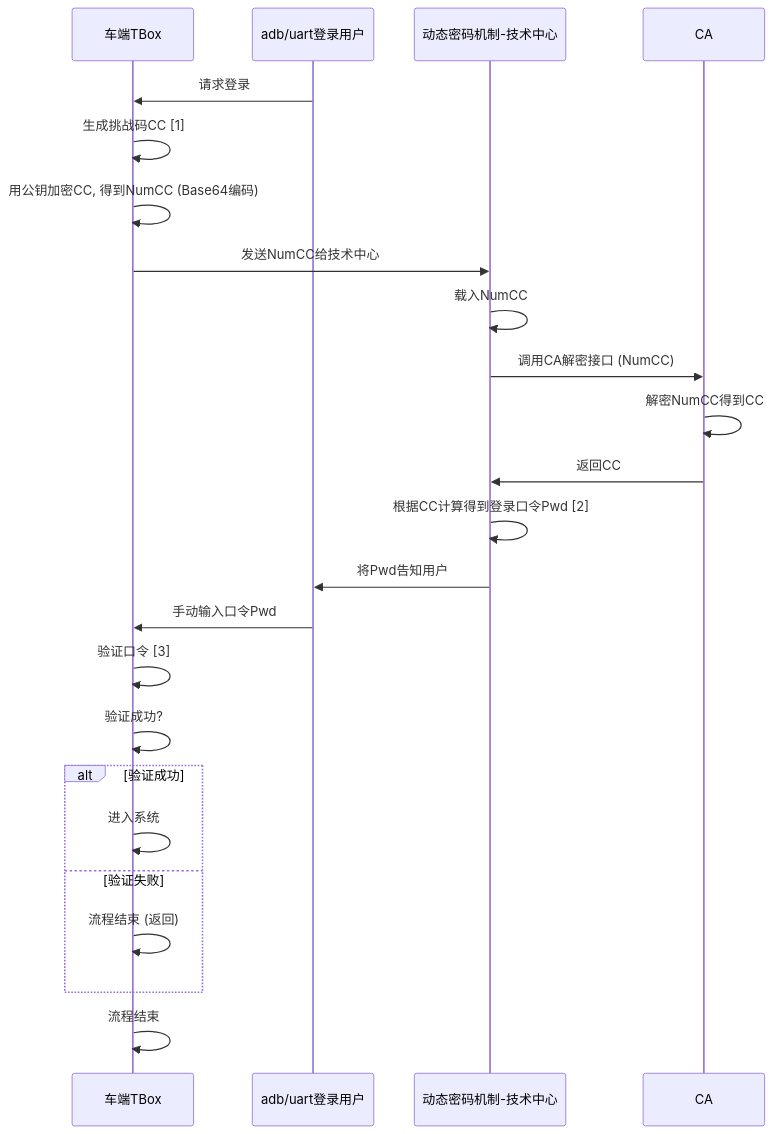
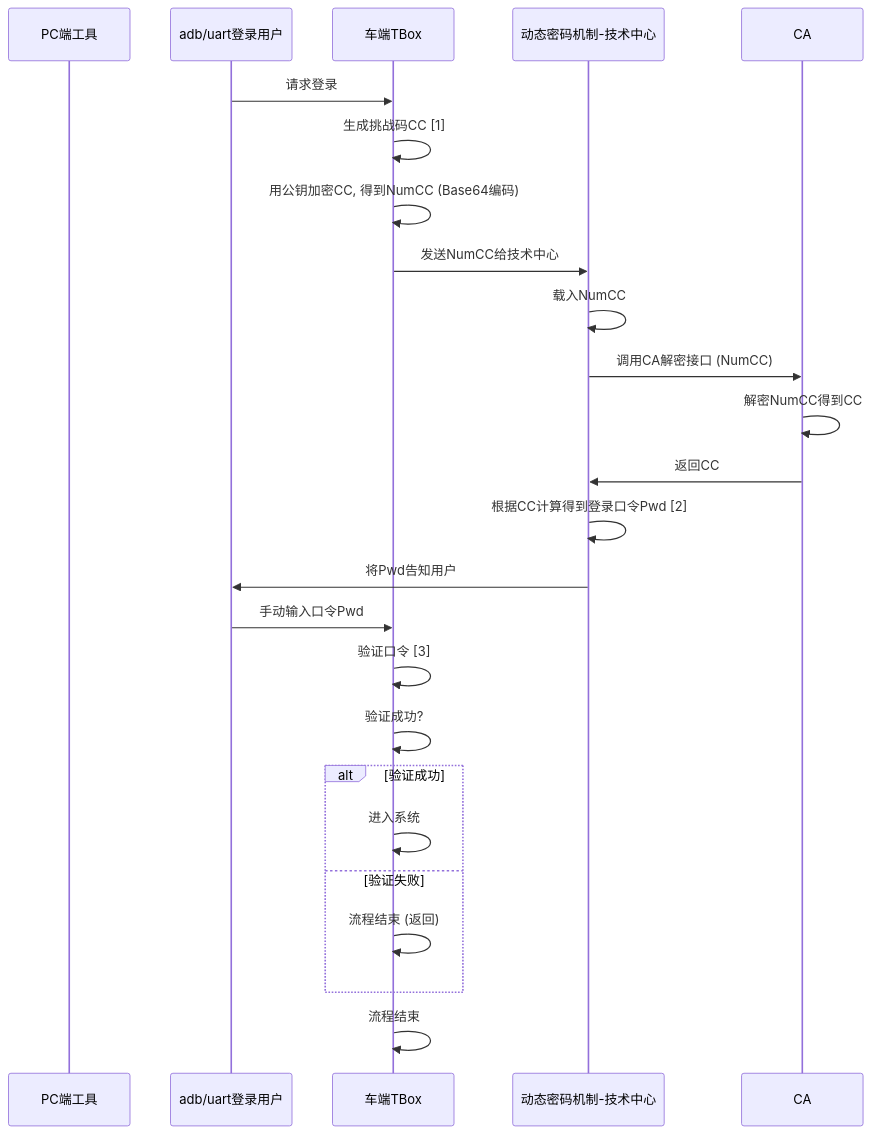
One commit to facebook-cloud/iodraw-files changed the diagram in all/未命名-13.md. Above: the diagram before and after it, drawn with Mermaid.

Commit message:
2026-01-26 18:15:20 update

````diff
--- a/all/未命名-13.md
+++ b/all/未命名-13.md
@@ -1,29 +1,29 @@
 ```mermaid
 sequenceDiagram
-    participant tbox as PC端工具
+    participant pc as PC端工具
     participant user as adb/uart登录用户
     participant tbox as 车端TBox
     participant tech_center as 动态密码机制-技术中心
     participant ca as CA
 
     user->>tbox: 请求登录
     tbox->>tbox: 生成挑战码CC [1]
     tbox->>tbox: 用公钥加密CC, 得到NumCC (Base64编码)
     tbox->>tech_center: 发送NumCC给技术中心
     tech_center->>tech_center: 载入NumCC
     tech_center->>ca: 调用CA解密接口 (NumCC)
     ca->>ca: 解密NumCC得到CC
     ca->>tech_center: 返回CC
     tech_center->>tech_center: 根据CC计算得到登录口令Pwd [2]
     tech_center->>user: 将Pwd告知用户
     user->>tbox: 手动输入口令Pwd
     tbox->>tbox: 验证口令 [3]
     tbox->>tbox: 验证成功?
     alt 验证成功
         tbox->>tbox: 进入系统
     else 验证失败
         tbox->>tbox: 流程结束 (返回)
     end
     tbox->>tbox: 流程结束
 
 ```
````
